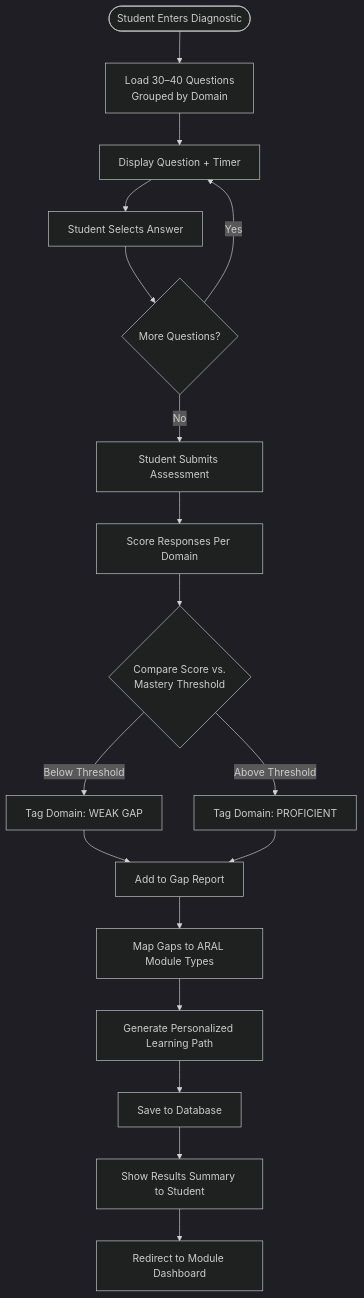
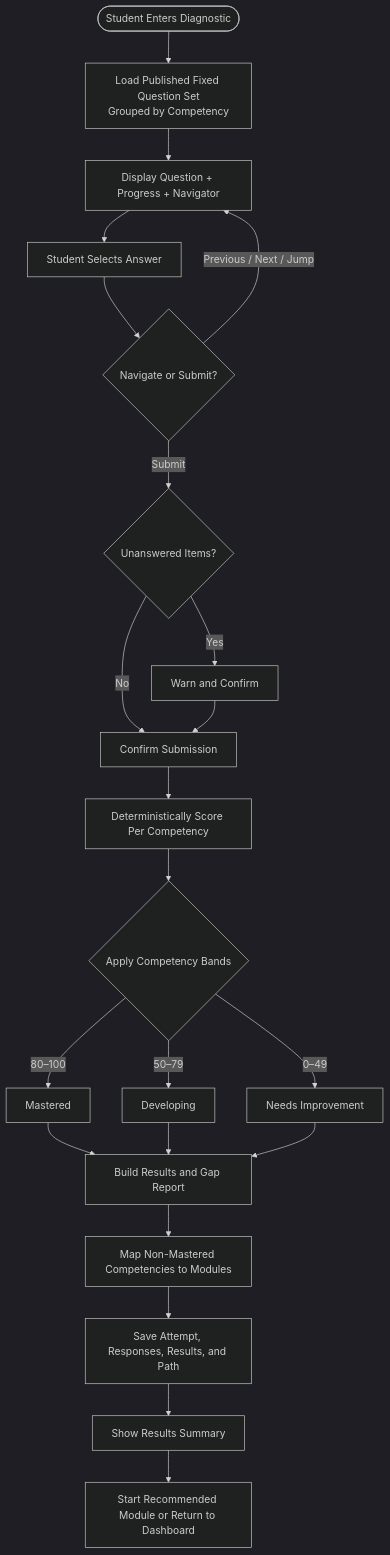
One commit to MathSmart-Systems/MathSmart-AI-Powered-Interactice-Learning-System changed the second of 11 diagrams in docs/SOURCE_OF_TRUTH.md. Above: the diagram before and after it, drawn with Mermaid (dark theme). The commit also changed other lines of this file and 108 other files, not shown here.

````diff
--- a/docs/SOURCE_OF_TRUTH.md
+++ b/docs/SOURCE_OF_TRUTH.md
@@ -161,20 +224,22 @@
 ```mermaid
 flowchart TD
-    A([Student Enters Diagnostic]) --> B["Load 30–40 Questions\nGrouped by Domain"]
-    B --> C[Display Question + Timer]
+    A([Student Enters Diagnostic]) --> B["Load Published Fixed Question Set\nGrouped by Competency"]
+    B --> C[Display Question + Progress + Navigator]
     C --> D[Student Selects Answer]
-    D --> E{More Questions?}
-    E -->|Yes| C
-    E -->|No| F[Student Submits Assessment]
-    F --> G[Score Responses Per Domain]
-    G --> H{"Compare Score vs.\nMastery Threshold"}
-    H -->|Below Threshold| I["Tag Domain: WEAK GAP"]
-    H -->|Above Threshold| J["Tag Domain: PROFICIENT"]
-    I --> K[Add to Gap Report]
-    J --> K
-    K --> L[Map Gaps to ARAL Module Types]
-    L --> M[Generate Personalized Learning Path]
-    M --> N[Save to Database]
-    N --> O[Show Results Summary to Student]
-    O --> P[Redirect to Module Dashboard]
+    D --> E{Navigate or Submit?}
+    E -->|Previous / Next / Jump| C
+    E -->|Submit| F{Unanswered Items?}
+    F -->|Yes| G[Warn and Confirm]
+    F -->|No| H[Confirm Submission]
+    G --> H
+    H --> I[Deterministically Score Per Competency]
+    I --> J{Apply Competency Bands}
+    J -->|80–100| K[Mastered]
+    J -->|50–79| L[Developing]
+    J -->|0–49| M[Needs Improvement]
+    K & L & M --> N[Build Results and Gap Report]
+    N --> O[Map Non-Mastered Competencies to Modules]
+    O --> P[Save Attempt, Responses, Results, and Path]
+    P --> Q[Show Results Summary]
+    Q --> R[Start Recommended Module or Return to Dashboard]
 ```
````
